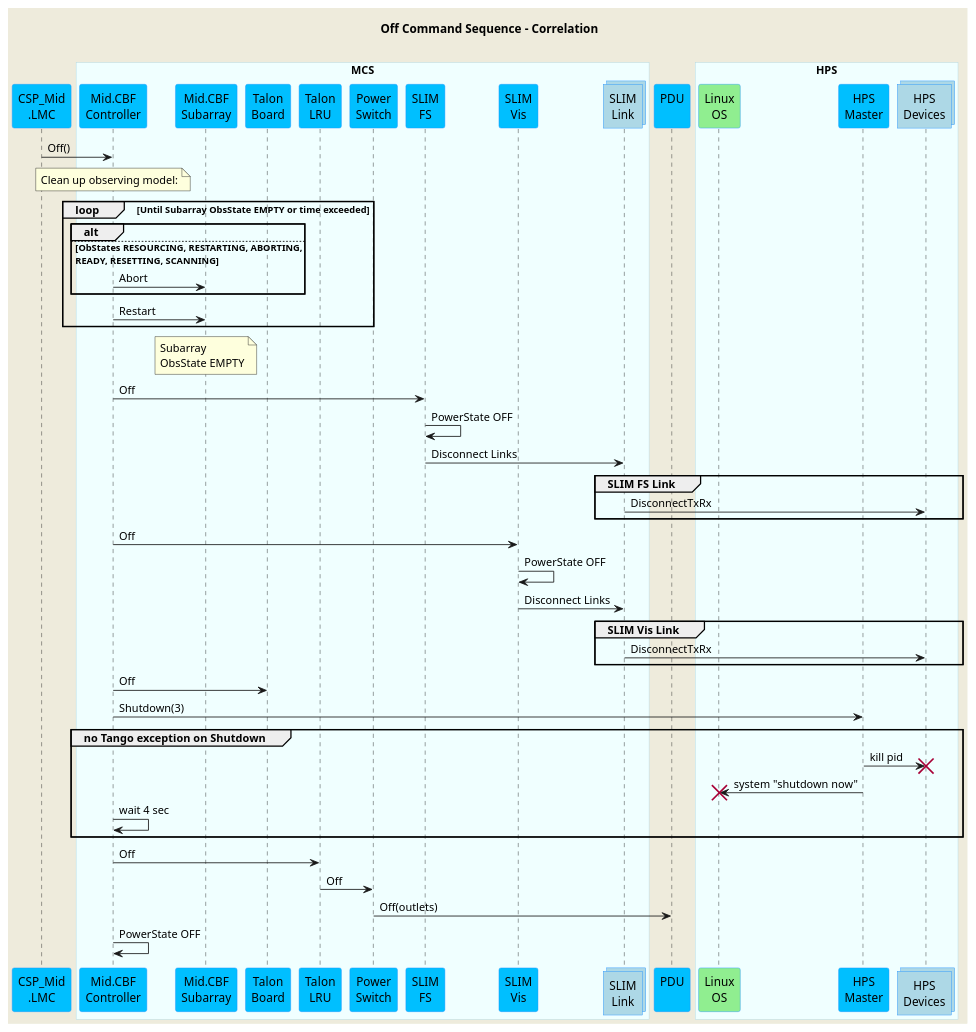
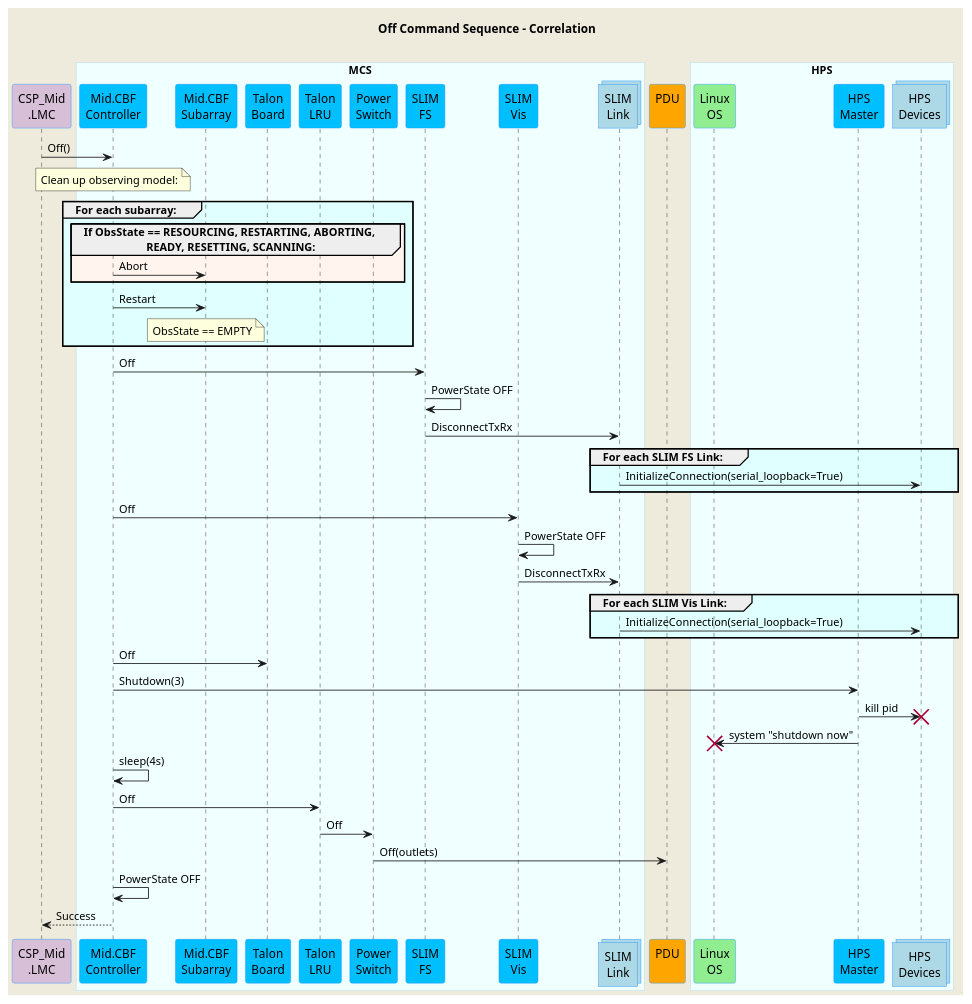
The diagram in docs/src/diagrams/off-command-sequence.puml (ska-telescope/mid-cbf-mcs), drawn with PlantUML before and after one commit. The commit also changed 5 other files, not shown here.

Commit message:
CIP-2424 Updated several sequence diagrams

```diff
--- a/docs/src/diagrams/off-command-sequence.puml
+++ b/docs/src/diagrams/off-command-sequence.puml
@@ -1,83 +1,82 @@
 @startuml
 'https://plantuml.com/sequence-diagram
 skinparam backgroundColor #EEEBDC
 skinparam sequence {
 ParticipantBorderColor DodgerBlue
 ParticipantBackgroundColor DeepSkyBlue
 ActorBorderColor DarkGreen
 ActorBackgroundColor Green
 BoxBorderColor LightBlue
 BoxBackgroundColor #F0FFFF
 }
 skinparam collections {
   BackGroundColor LightBlue
   BorderColor DodgerBlue
 }
 skinparam database {
   BackgroundColor LightGreen
   BorderColor DarkGreen
 }
 title Off Command Sequence - Correlation\n
-participant "CSP_Mid\n.LMC" as lmc
+participant "CSP_Mid\n.LMC" as lmc #Thistle
 box "MCS"
 participant "Mid.CBF\nController" as controller
 participant "Mid.CBF\nSubarray" as subarray
 participant "Talon\nBoard" as talon_board
 participant "Talon\nLRU" as lru
 participant "Power\nSwitch" as switch
 participant "SLIM\nFS" as slim_fs
 participant "SLIM\nVis" as slim_vis
 collections "SLIM\nLink" as slimlink
 end box
-participant "PDU\n" as pdu
+participant "PDU\n" as pdu #Orange
 box "HPS"
 participant "Linux\nOS" as os #LightGreen
 participant "HPS\nMaster" as hpsmaster
 collections "HPS\nDevices" as hpsdevices
 end box
 
 lmc -> controller : Off()
 
 note over controller         : Clean up observing model:
 
-loop Until Subarray ObsState EMPTY or time exceeded
-alt
-else ObStates RESOURCING, RESTARTING, ABORTING, \nREADY, RESETTING, SCANNING
+
+group #LightCyan For each subarray:
+group #SeaShell If ObsState == RESOURCING, RESTARTING, ABORTING,\n                      READY, RESETTING, SCANNING:
 controller -> subarray   : Abort
 end
 
 controller -> subarray   : Restart
+note over subarray       : ObsState == EMPTY
 end loop
 
-note over subarray       : Subarray\nObsState EMPTY
 controller ->  slim_fs       : Off
 slim_fs    ->  slim_fs       : PowerState OFF
-slim_fs    ->  slimlink      : Disconnect Links
+slim_fs    ->  slimlink      : DisconnectTxRx
 
-group SLIM FS Link
-slimlink   ->  hpsdevices    : DisconnectTxRx
+group #LightCyan For each SLIM FS Link:
+slimlink   ->  hpsdevices    : InitializeConnection(serial_loopback=True)
 end 
 
 controller ->  slim_vis      : Off
 slim_vis   ->  slim_vis      : PowerState OFF
-slim_vis   ->  slimlink      : Disconnect Links
+slim_vis   ->  slimlink      : DisconnectTxRx
 
-
-group SLIM Vis Link
-slimlink   ->  hpsdevices    : DisconnectTxRx
+group #LightCyan For each SLIM Vis Link:
+slimlink   ->  hpsdevices    : InitializeConnection(serial_loopback=True)
 end
 
 controller ->  talon_board   : Off
 controller ->  hpsmaster     : Shutdown(3)
-group no Tango exception on Shutdown
 hpsmaster  ->  hpsdevices !! : kill pid
 hpsmaster  ->  os !!         : system "shutdown now"
-controller ->  controller    : wait 4 sec
-end group
+controller ->  controller    : sleep(4s)
+
 controller ->  lru           : Off
 lru        ->  switch        : Off
 switch     ->  pdu           : Off(outlets)
 
 controller ->  controller    : PowerState OFF
+lmc       <--  controller    : Success
 
 @enduml
```
